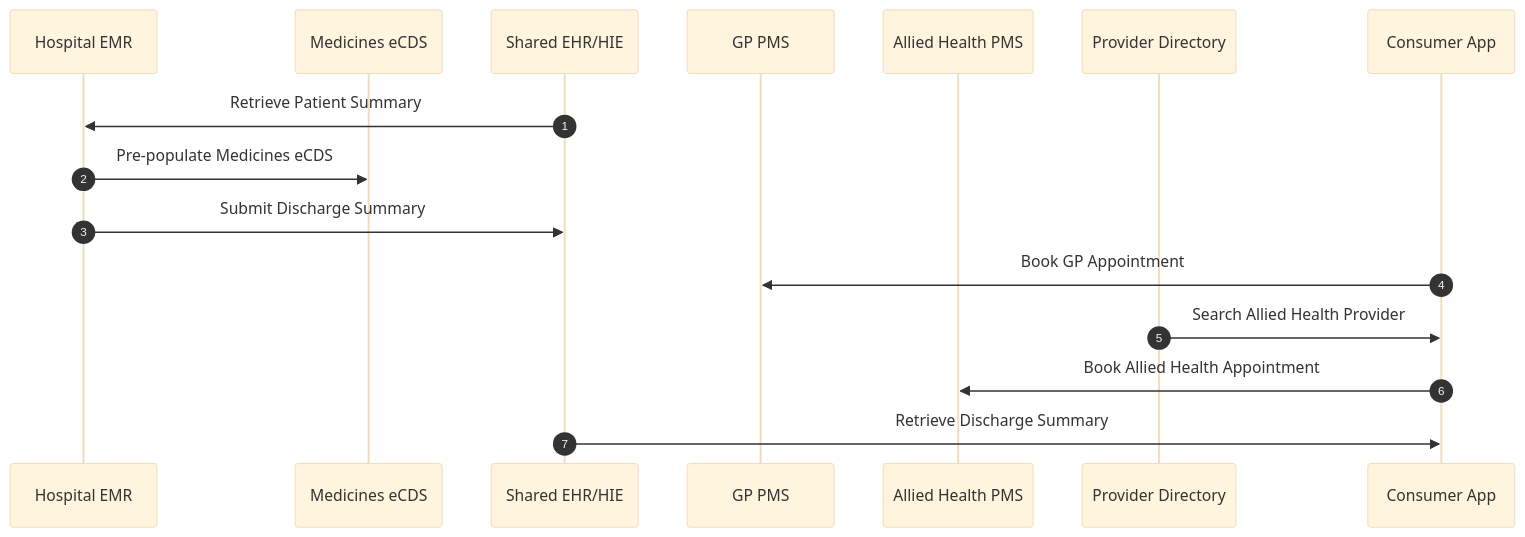
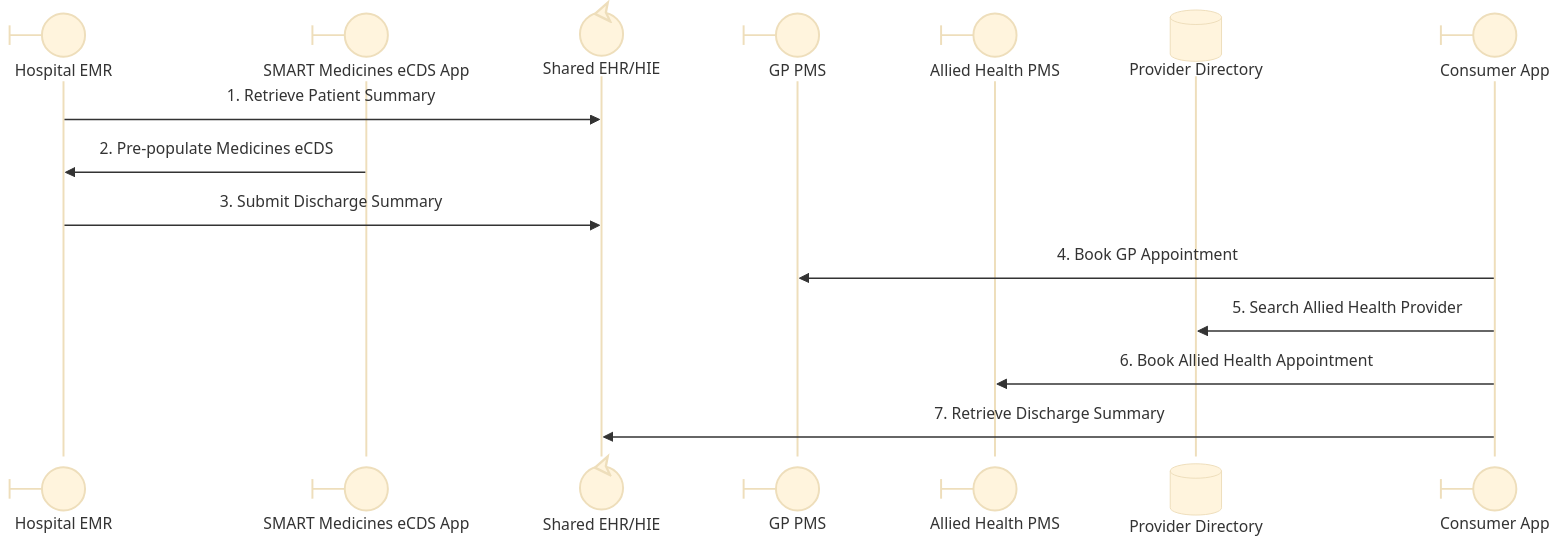
One commit to hl7au/au-fhir-test-data changed the fourth of 7 diagrams in au-fhir-test-data-set/connected-care/Alex Story Interactions.md. Above: the diagram before and after it, drawn with Mermaid (base theme). The commit also changed other lines of this file, not shown here.

Commit message:
Updated Alex Story Interactions.md so diagrams read initiator→responder directly, with manual numbering, typed/described participants, and consistent naming.

````diff
--- a/au-fhir-test-data-set/connected-care/Alex Story Interactions.md
+++ b/au-fhir-test-data-set/connected-care/Alex Story Interactions.md
@@ -179,22 +208,21 @@
 ```mermaid
 sequenceDiagram
-    autonumber
-    participant EMR as Hospital EMR
-    participant eCDS as Medicines eCDS
-    participant SEHR as Shared EHR/HIE
-    participant PMS as GP PMS
-    participant AHPMS as Allied Health PMS
-    participant PD as Provider Directory
+    participant EMR@{ "type" : "boundary" } as Hospital EMR
+    participant eCDS@{ "type" : "boundary" } as SMART Medicines eCDS App
+    participant SEHR@{ "type" : "control" } as Shared EHR/HIE
+    participant PMS@{ "type" : "boundary" } as GP PMS
+    participant AHPMS@{ "type" : "boundary" } as Allied Health PMS
+    participant PD@{ "type" : "database" } as Provider Directory
 
-    participant PatApp as Consumer App
+    participant PatApp@{ "type" : "boundary" } as Consumer App
 
-    SEHR->>EMR: Retrieve Patient Summary
-    EMR->>eCDS: Pre-populate Medicines eCDS
+    EMR->>SEHR: 1. Retrieve Patient Summary
+    eCDS->>EMR: 2. Pre-populate Medicines eCDS
 
-    EMR->>SEHR: Submit Discharge Summary
+    EMR->>SEHR: 3. Submit Discharge Summary
 
-    PatApp->>PMS: Book GP Appointment
-    PD->>PatApp: Search Allied Health Provider
-    PatApp->>AHPMS: Book Allied Health Appointment
-    SEHR->>PatApp: Retrieve Discharge Summary
+    PatApp->>PMS: 4. Book GP Appointment
+    PatApp->>PD: 5. Search Allied Health Provider
+    PatApp->>AHPMS: 6. Book Allied Health Appointment
+    PatApp->>SEHR: 7. Retrieve Discharge Summary
 ```
````
